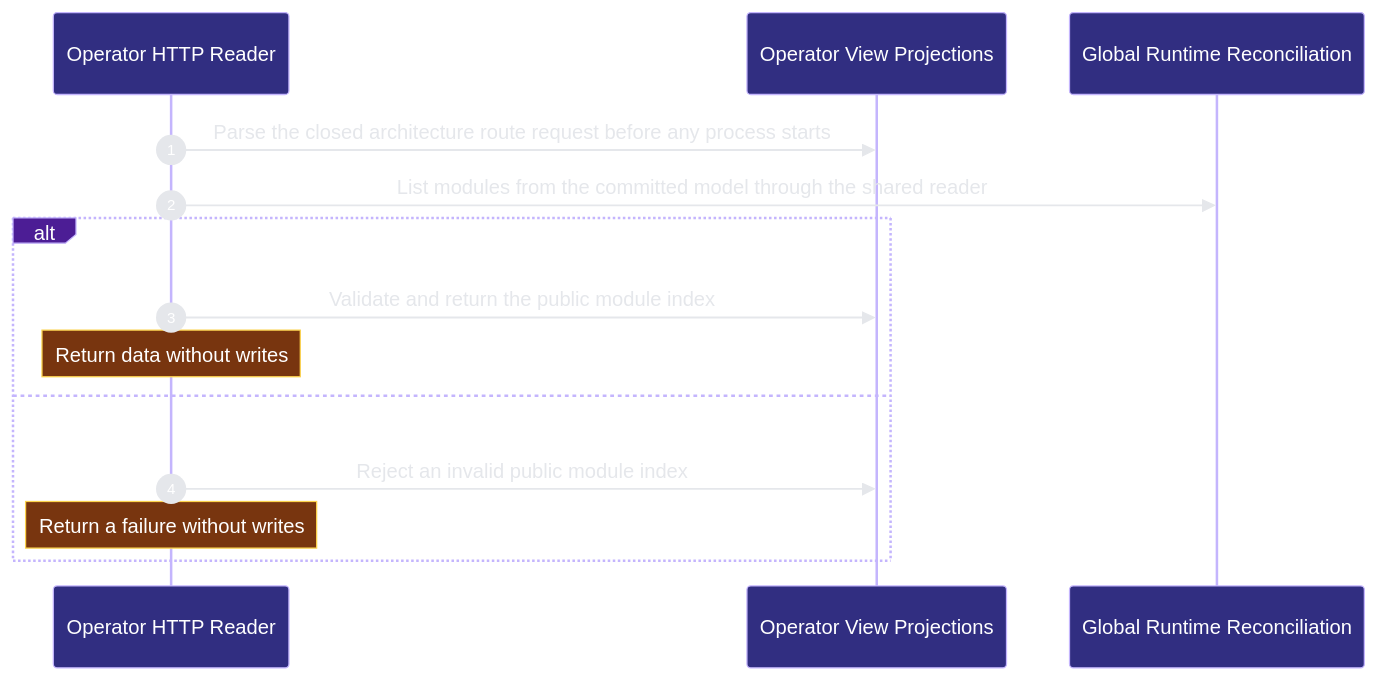
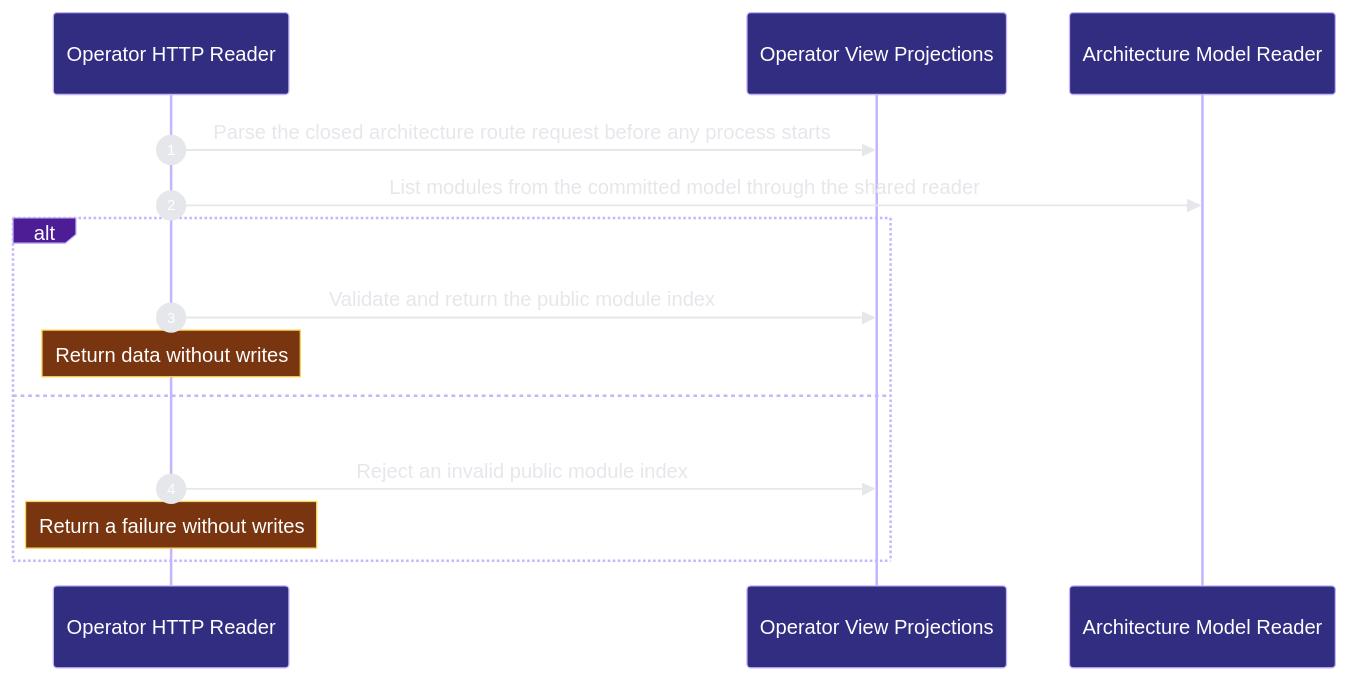
One commit to Ancienttwo/repo-harness changed the third of 3 diagrams in docs/architecture/modules/runtime-harness/operator.md. Above: the diagram before and after it, drawn with Mermaid. The commit also changed other lines of this file and 20 other files, not shown here.

First line of the commit message:
chore(projection): refresh generated architecture outputs for main@a81f342c0eb6

````diff
--- a/docs/architecture/modules/runtime-harness/operator.md
+++ b/docs/architecture/modules/runtime-harness/operator.md
@@ -191,17 +217,17 @@
 ```mermaid
 %%{init: {"theme":"base","themeVariables":{"background":"#0d1117","actorBkg":"#312e81","actorBorder":"#c4b5fd","actorTextColor":"#ffffff","signalColor":"#e5e7eb","signalTextColor":"#e5e7eb","labelBoxBkgColor":"#4c1d95","labelBoxBorderColor":"#c4b5fd","labelTextColor":"#ffffff","noteBkgColor":"#78350f","noteBorderColor":"#fcd34d","noteTextColor":"#ffffff","sequenceNumberColor":"#ffffff"}}}%%
 sequenceDiagram
   autonumber
   participant p2_http_reader_b98e0942 as Operator HTTP Reader
   participant p2_view_projections_b9b4ee4d as Operator View Projections
-  participant p2_model_reader_8b0ba6e4 as Global Runtime Reconciliation
+  participant p2_model_reader_8b0ba6e4 as Architecture Model Reader
   p2_http_reader_b98e0942->>p2_view_projections_b9b4ee4d: Parse the closed architecture route request before any process starts
   p2_http_reader_b98e0942->>p2_model_reader_8b0ba6e4: List modules from the committed model through the shared reader
   alt Read completes
   p2_http_reader_b98e0942->>p2_view_projections_b9b4ee4d: Validate and return the public module index
     Note over p2_http_reader_b98e0942: Return data without writes
   else Read fails
   p2_http_reader_b98e0942->>p2_view_projections_b9b4ee4d: Reject an invalid public module index
     Note over p2_http_reader_b98e0942: Return a failure without writes
   end
 ```
````
